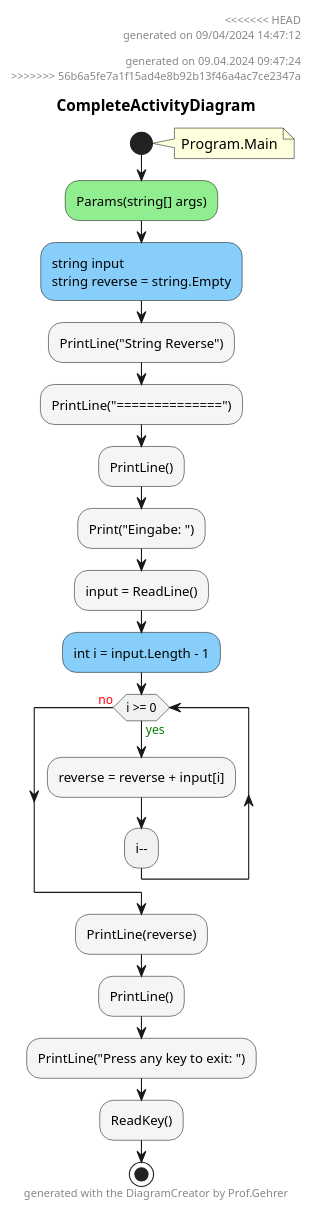
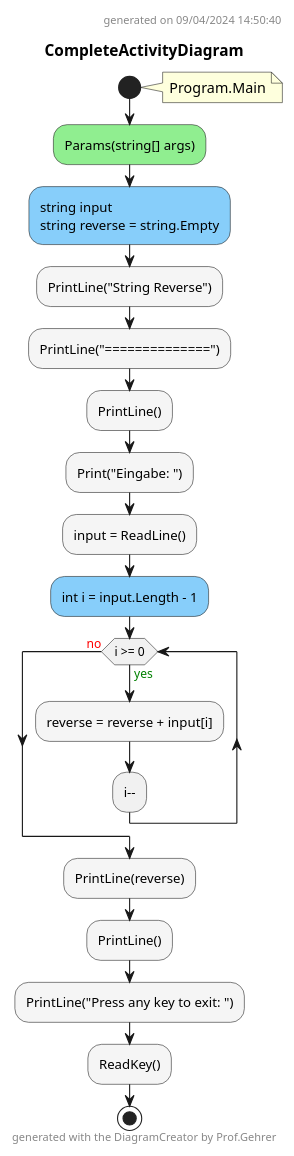
The diagram in StringReverse.ConApp/diagrams/CompleteActivityDiagram.puml (leoggehrer/2324-34_ABIF_ACIF_POSE), drawn with PlantUML before and after one commit. The commit also changed 464 other files, not shown here.

```diff
--- a/StringReverse.ConApp/diagrams/CompleteActivityDiagram.puml
+++ b/StringReverse.ConApp/diagrams/CompleteActivityDiagram.puml
@@ -1,32 +1,28 @@
 @startuml CompleteActivityDiagram
 header
-<<<<<<< HEAD
-generated on 09/04/2024 14:47:12
-=======
-generated on 09.04.2024 09:47:24
->>>>>>> 56b6a5fe7a1f15ad4e8b92b13f46a4ac7ce2347a
+generated on 09/04/2024 14:50:40
 end header
 title CompleteActivityDiagram
 start
 note right:  Program.Main
 #LightGreen:Params(string[] args);
 #LightSkyBlue:string input\nstring reverse = string.Empty;
 #WhiteSmoke:PrintLine("String Reverse");
 #WhiteSmoke:PrintLine("==============");
 #WhiteSmoke:PrintLine();
 #WhiteSmoke:Print("Eingabe: ");
 #WhiteSmoke:input = ReadLine();
 #LightSkyBlue:int i = input.Length - 1;
 while (i >= 0) is (<color:green>yes)
         #WhiteSmoke:reverse = reverse + input[i];
 :i--;
 endwhile (<color:red>no)
 #WhiteSmoke:PrintLine(reverse);
 #WhiteSmoke:PrintLine();
 #WhiteSmoke:PrintLine("Press any key to exit: ");
 #WhiteSmoke:ReadKey();
 stop
 footer
 generated with the DiagramCreator by Prof.Gehrer
 end footer
 @enduml
```
